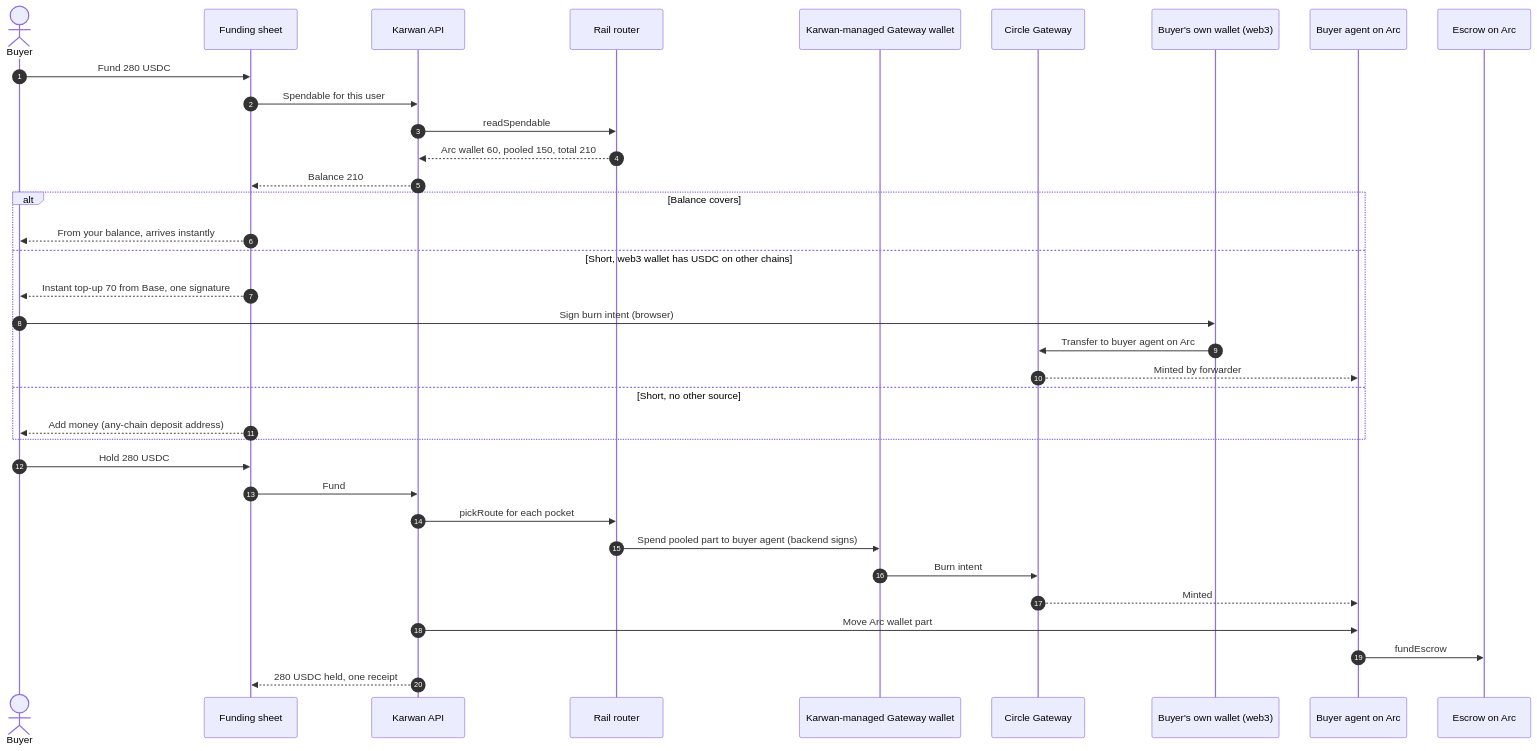
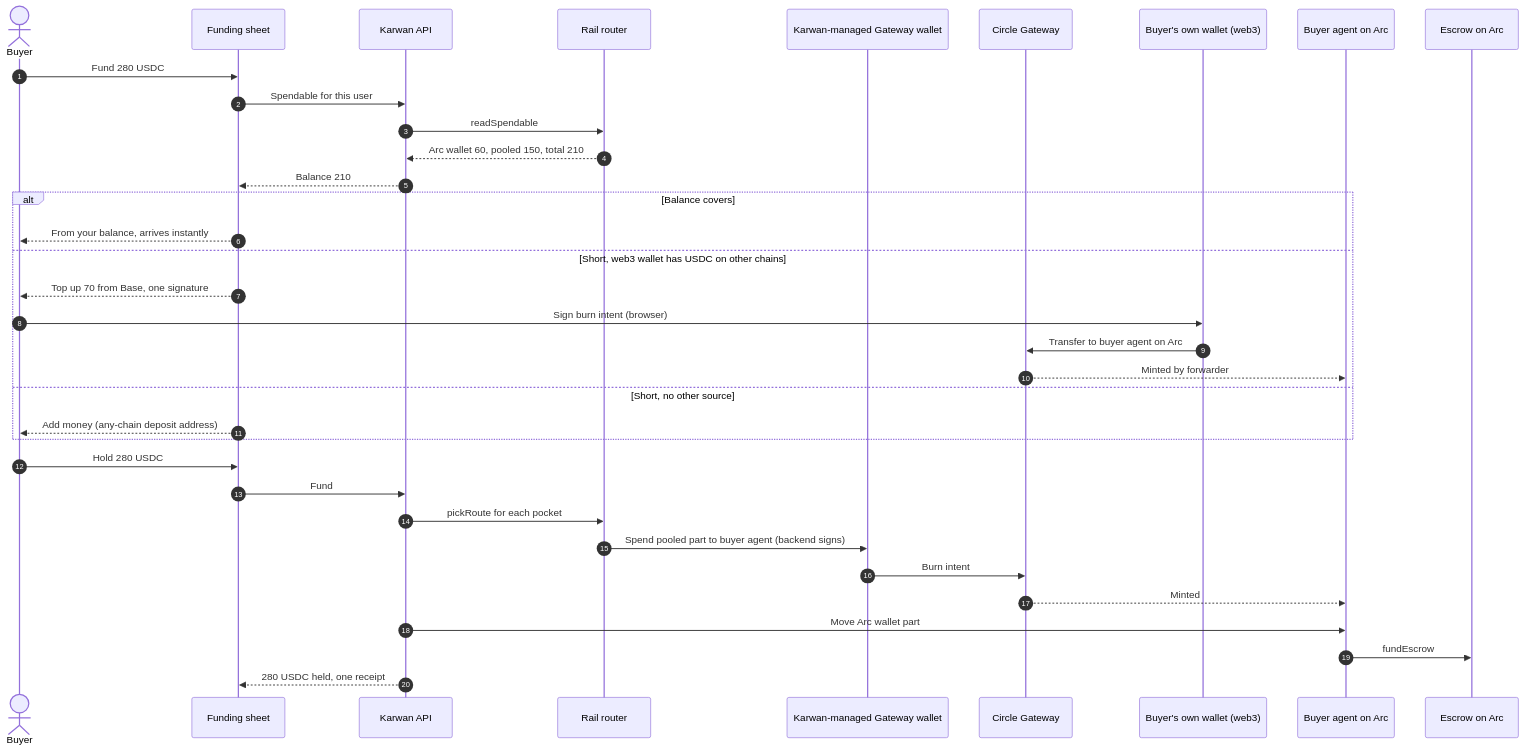
One commit to Iziedking/Karwan changed the diagram in docs/architecture/04-instant-top-up.md. Above: the diagram before and after it, drawn with Mermaid. The commit also changed other lines of this file and 29 other files, not shown here.

Commit message:
fix(ui): every page names itself in the tab, and the copy promises nothing that is not live: no card, bank or USSD rows, no instant top-up, no dollar bands, no audited console

````diff
--- a/docs/architecture/04-instant-top-up.md
+++ b/docs/architecture/04-instant-top-up.md
@@ -19,38 +19,38 @@
 ```mermaid
 sequenceDiagram
   autonumber
   actor B as Buyer
   participant FS as Funding sheet
   participant API as Karwan API
   participant RT as Rail router
   participant GWW as Karwan-managed Gateway wallet
   participant GW as Circle Gateway
   participant WAL as Buyer's own wallet (web3)
   participant AG as Buyer agent on Arc
   participant ESC as Escrow on Arc
 
   B->>FS: Fund 280 USDC
   FS->>API: Spendable for this user
   API->>RT: readSpendable
   RT-->>API: Arc wallet 60, pooled 150, total 210
   API-->>FS: Balance 210
   alt Balance covers
     FS-->>B: From your balance, arrives instantly
   else Short, web3 wallet has USDC on other chains
-    FS-->>B: Instant top-up 70 from Base, one signature
+    FS-->>B: Top up 70 from Base, one signature
     B->>WAL: Sign burn intent (browser)
     WAL->>GW: Transfer to buyer agent on Arc
     GW-->>AG: Minted by forwarder
   else Short, no other source
     FS-->>B: Add money (any-chain deposit address)
   end
   B->>FS: Hold 280 USDC
   FS->>API: Fund
   API->>RT: pickRoute for each pocket
   RT->>GWW: Spend pooled part to buyer agent (backend signs)
   GWW->>GW: Burn intent
   GW-->>AG: Minted
   API->>AG: Move Arc wallet part
   AG->>ESC: fundEscrow
   API-->>FS: 280 USDC held, one receipt
 ```
````
